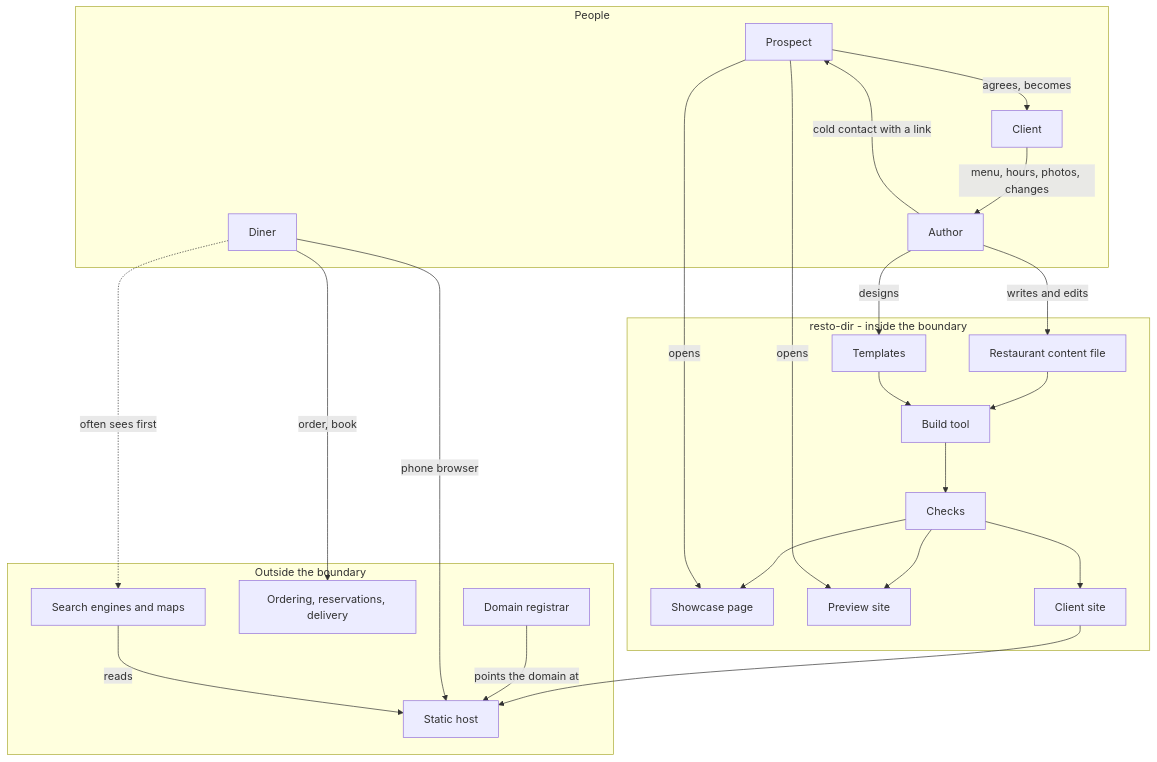
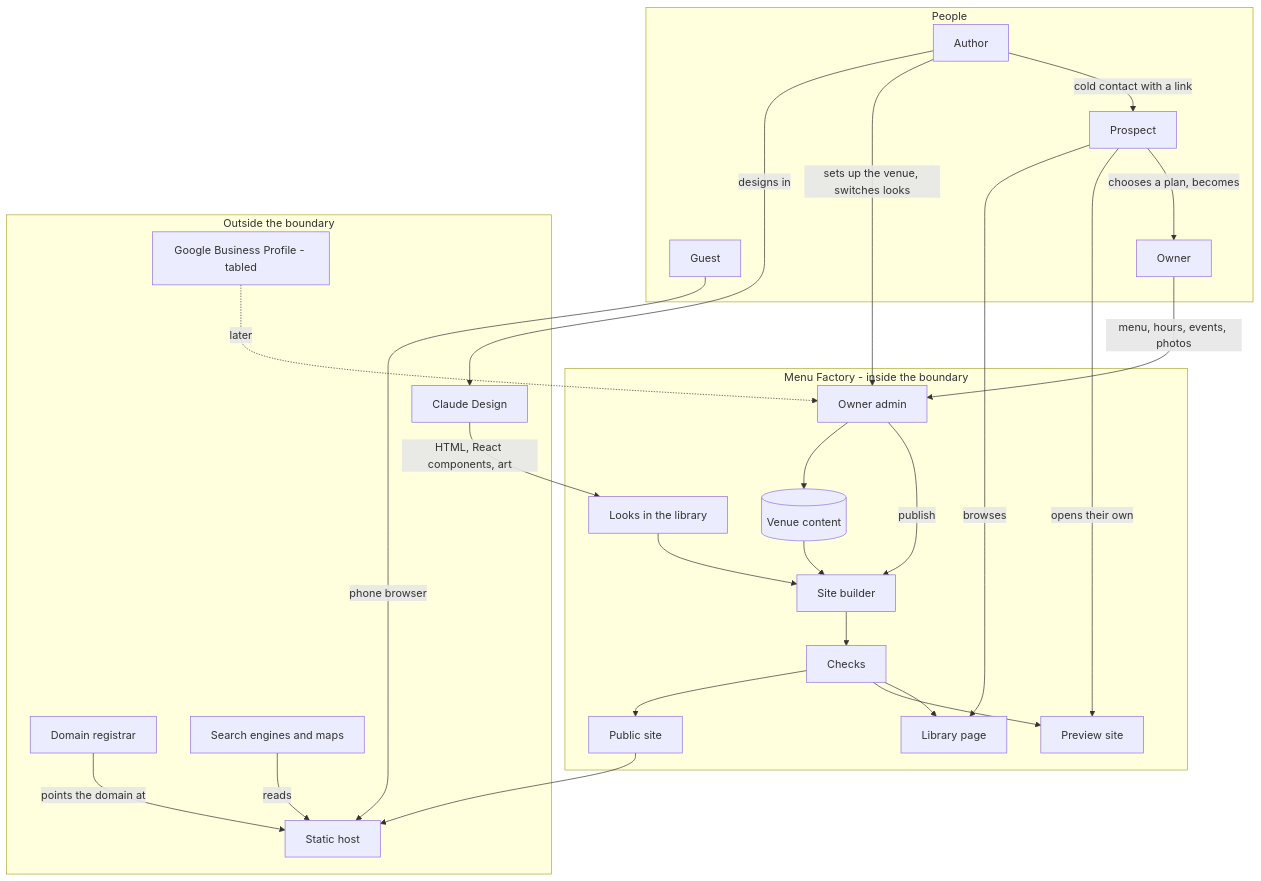
The diagram in menufactory/requirements/02-interaction.md (MoAbboud/PortFolio), drawn with Mermaid before and after one commit. The commit also changed other lines of this file and 13 other files, not shown here.

Commit message:
menufactory: keep only the latest requirements in menufactory/ and drop resto-dir/, plus the layer - a separate product, one pasted script that draws motion over a venue's existing site, independent of the library of full sites

````diff
--- a/menufactory/requirements/02-interaction.md
+++ b/menufactory/requirements/02-interaction.md
@@ -19,48 +23,52 @@
 ```mermaid
 flowchart TB
     subgraph people[People]
-        DI[Diner]
+        GU[Guest]
         PR[Prospect]
-        CL[Client]
+        OW[Owner]
         AU[Author]
     end
 
-    subgraph sys[resto-dir - inside the boundary]
-        TPL[Templates]
-        CF[Restaurant content file]
-        BLD[Build tool]
+    subgraph sys[Menu Factory - inside the boundary]
+        LOOK[Looks in the library]
+        ADM[Owner admin]
+        DB[(Venue content)]
+        BLD[Site builder]
         CHK[Checks]
-        SHOW[Showcase page]
+        LIB[Library page]
         PREV[Preview site]
-        SITE[Client site]
+        SITE[Public site]
     end
 
     subgraph ext[Outside the boundary]
+        CD[Claude Design]
         HOST[Static host]
         REG[Domain registrar]
-        ORD[Ordering, reservations, delivery]
         SE[Search engines and maps]
+        GBP[Google Business Profile - tabled]
     end
 
-    AU -->|writes and edits| CF
-    AU -->|designs| TPL
-    CF --> BLD
-    TPL --> BLD
+    AU -->|designs in| CD
+    CD -->|HTML, React components, art| LOOK
+    AU -->|sets up the venue, switches looks| ADM
+    OW -->|menu, hours, events, photos| ADM
+    ADM --> DB
+    ADM -->|publish| BLD
+    DB --> BLD
+    LOOK --> BLD
     BLD --> CHK
+    CHK --> SITE
     CHK --> PREV
-    CHK --> SITE
-    CHK --> SHOW
+    CHK --> LIB
 
     AU -->|cold contact with a link| PR
-    PR -->|opens| SHOW
-    PR -->|opens| PREV
-    PR -->|agrees, becomes| CL
-    CL -->|menu, hours, photos, changes| AU
+    PR -->|browses| LIB
+    PR -->|opens their own| PREV
+    PR -->|chooses a plan, becomes| OW
 
     SITE --> HOST
     REG -->|points the domain at| HOST
-    DI -->|phone browser| HOST
-    DI -->|order, book| ORD
+    GU -->|phone browser| HOST
     SE -->|reads| HOST
-    DI -.->|often sees first| SE
+    GBP -.->|later| ADM
 ```
````
